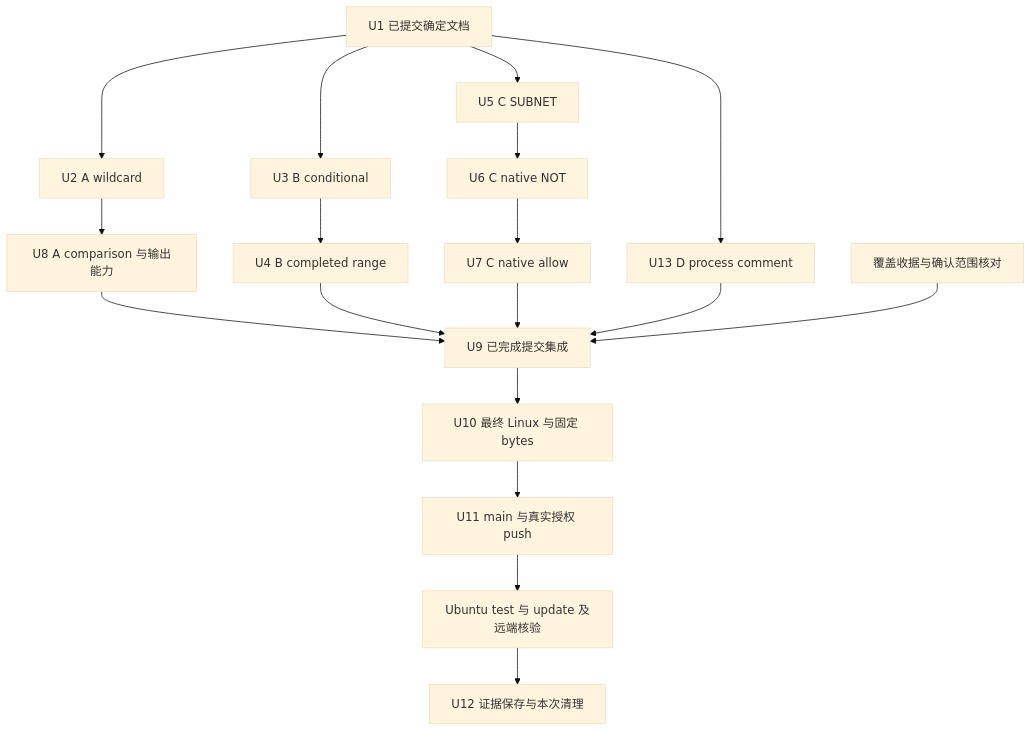
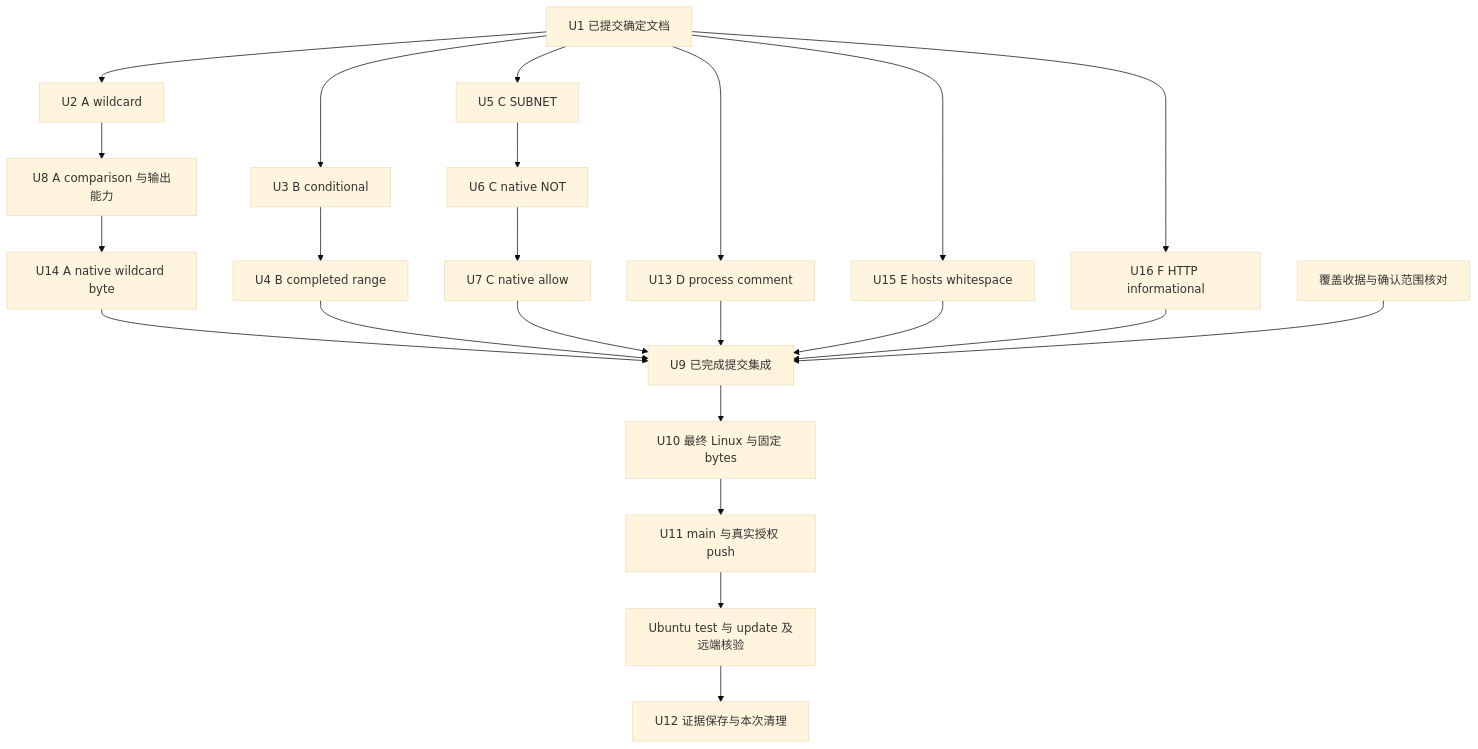
Before and after one commit to DoingDog/rconvert: the second of 2 diagrams in docs/superpowers/plans/2026-10-24-functional-audit.md, drawn with Mermaid (base theme). The commit also changed other lines of this file and 1 other file, not shown here.

First line of the commit message:
Specify native wildcard, hosts, and interim HTTP fixes (U1)

````diff
--- a/docs/superpowers/plans/2026-10-24-functional-audit.md
+++ b/docs/superpowers/plans/2026-10-24-functional-audit.md
@@ -112,20 +117,25 @@
 ```mermaid
 flowchart TB
     Q[U1 已提交确定文档] --> A1[U2 A wildcard]
     A1 --> A2[U8 A comparison 与输出能力]
     Q --> B1[U3 B conditional]
     B1 --> B2[U4 B completed range]
     Q --> C1[U5 C SUBNET]
     C1 --> C2[U6 C native NOT]
     C2 --> C3[U7 C native allow]
-    A2 --> I[U9 已完成提交集成]
+    A2 --> A3[U14 A native wildcard byte]
+    A3 --> I[U9 已完成提交集成]
     B2 --> I
     C3 --> I
     Q --> D1[U13 D process comment]
     D1 --> I
+    Q --> E1[U15 E hosts whitespace]
+    E1 --> I
+    Q --> F1[U16 F HTTP informational]
+    F1 --> I
     COV[覆盖收据与确认范围核对] --> I
     I --> F[U10 最终 Linux 与固定 bytes]
     F --> M[U11 main 与真实授权 push]
     M --> V[Ubuntu test 与 update 及远端核验]
     V --> X[U12 证据保存与本次清理]
 ```
````
